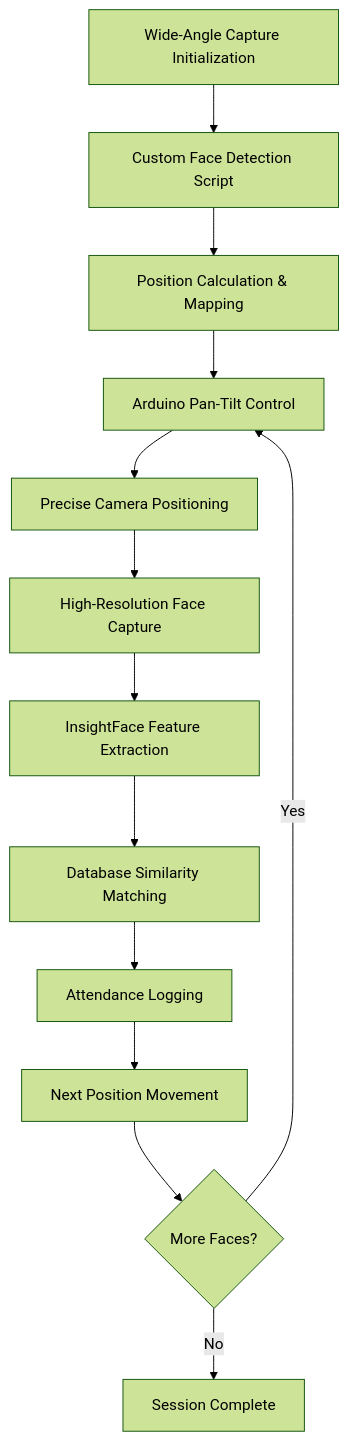
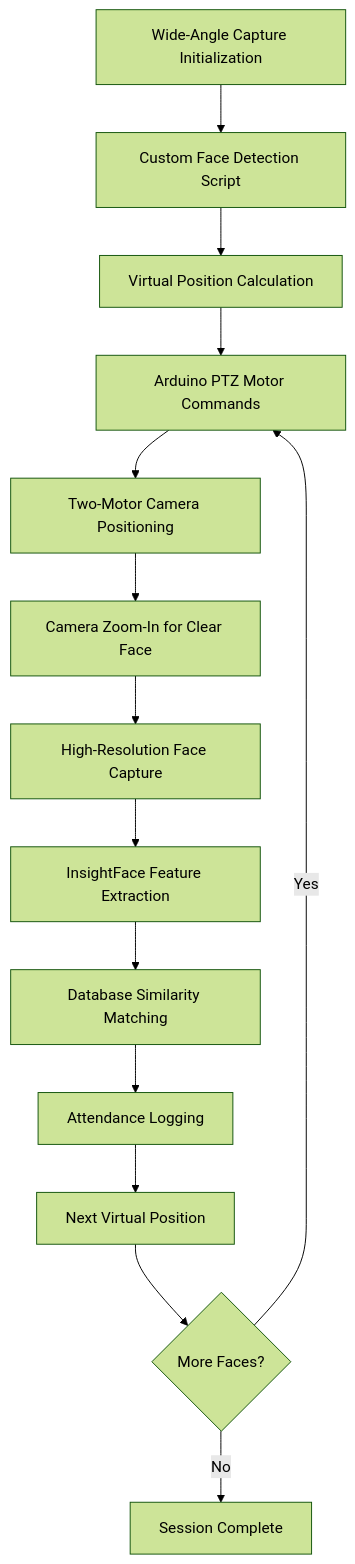
One commit to moamen1358/attendance-cv changed the diagram in METHODOLOGY.md. Above: the diagram before and after it, drawn with Mermaid (forest theme). The commit also changed other lines of this file, not shown here.

````diff
--- a/METHODOLOGY.md
+++ b/METHODOLOGY.md
@@ -56,15 +66,16 @@
 ```mermaid
 graph TD
     A[Wide-Angle Capture Initialization] --> B[Custom Face Detection Script]
-    B --> C[Position Calculation & Mapping]
-    C --> D[Arduino Pan-Tilt Control]
-    D --> E[Precise Camera Positioning]
-    E --> F[High-Resolution Face Capture]
-    F --> G[InsightFace Feature Extraction]
-    G --> H[Database Similarity Matching]
-    H --> I[Attendance Logging]
-    I --> J[Next Position Movement]
-    J --> K{More Faces?}
-    K -->|Yes| D
-    K -->|No| L[Session Complete]
+    B --> C[Virtual Position Calculation]
+    C --> D[Arduino PTZ Motor Commands]
+    D --> E[Two-Motor Camera Positioning]
+    E --> F[Camera Zoom-In for Clear Face]
+    F --> G[High-Resolution Face Capture]
+    G --> H[InsightFace Feature Extraction]
+    H --> I[Database Similarity Matching]
+    I --> J[Attendance Logging]
+    J --> K[Next Virtual Position]
+    K --> L{More Faces?}
+    L -->|Yes| D
+    L -->|No| M[Session Complete]
 ```
````
